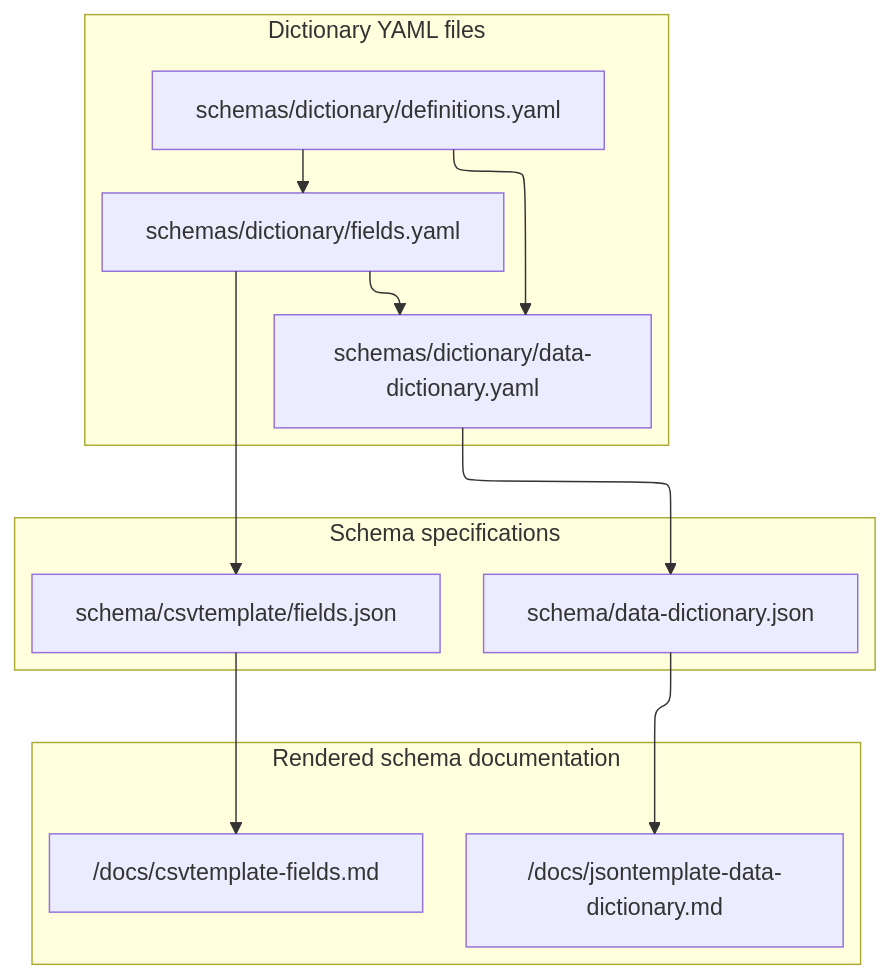
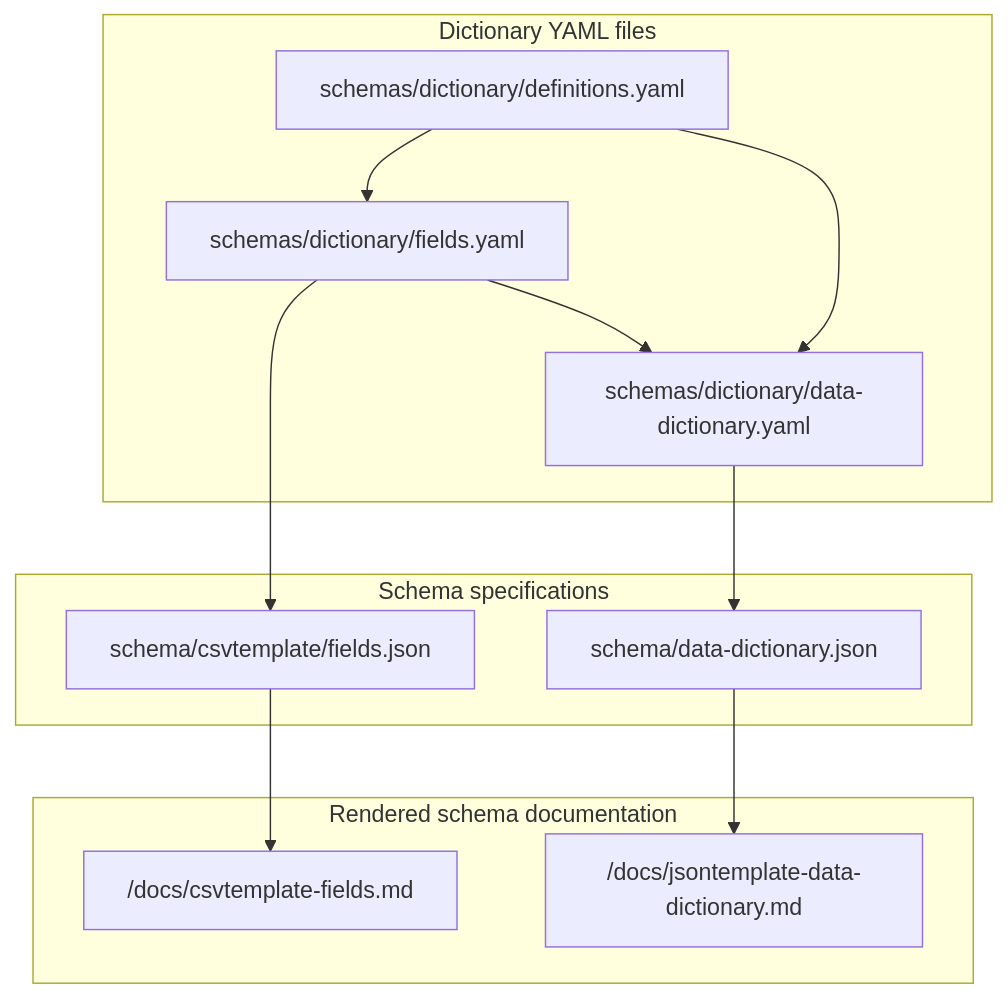
The diagram in variable-level-metadata-schema/README.md (HEAL/heal-metadata-schemas), drawn with Mermaid before and after one commit. The commit also changed other lines of this file, not shown here.

````diff
--- a/variable-level-metadata-schema/README.md
+++ b/variable-level-metadata-schema/README.md
@@ -27,36 +27,34 @@
 ```mermaid
-
-    %%{init: {"flowchart": {"defaultRenderer": "elk","htmlLabels": false}} }%%
 
     flowchart TD
 
         subgraph dictionary[Dictionary YAML files]
 
             defs["schemas/dictionary/definitions.yaml"]
             fields["schemas/dictionary/fields.yaml"]
             dd["schemas/dictionary/data-dictionary.yaml"]
         end
 
         subgraph Schema specifications
 
             jsonspec["schema/data-dictionary.json"]
             csvspec["schema/csvtemplate/fields.json"]
         end
 
         subgraph "Rendered schema documentation"
 
             csvmd["/docs/csvtemplate-fields.md"]
             jsonmd["/docs/jsontemplate-data-dictionary.md"]
 
         end
 
     defs --> fields --> dd
     defs --> dd
 
     fields --> csvspec
     dd --> jsonspec
 
     csvspec --> csvmd
     jsonspec --> jsonmd
 
 ```
````
